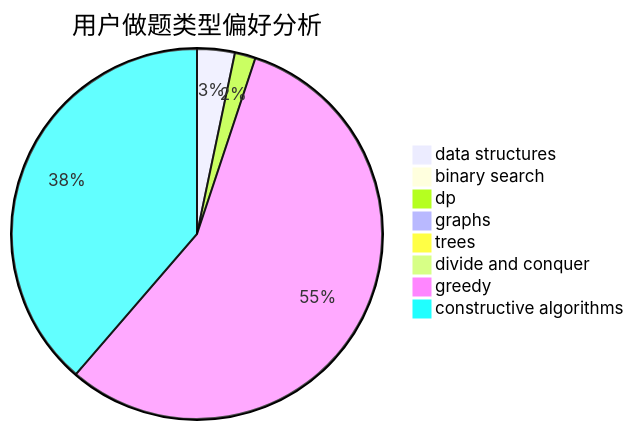
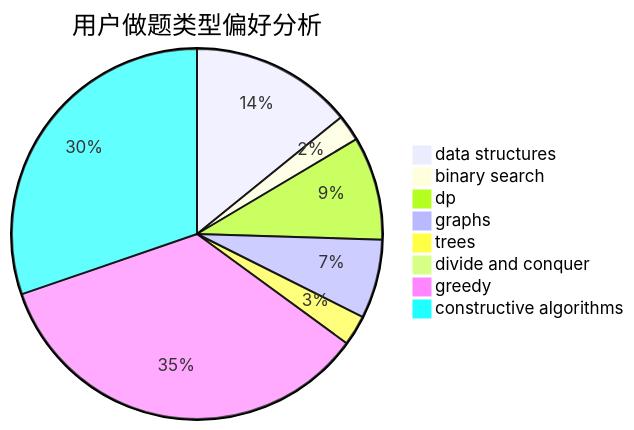
Before and after one commit to sherpahu/cfrs.github.io: the second of 3 diagrams in docs/user/u2401.md, drawn with Mermaid. The commit also changed other lines of this file and 2770 other files, not shown here.

````diff
--- a/docs/user/u2401.md
+++ b/docs/user/u2401.md
@@ -23,11 +23,11 @@
 ```mermaid
 pie title 用户做题类型偏好分析
-    "data structures" :  29
-    "binary search" :  8
-    "dp" :  16
-    "graphs" :  8
-    "trees" :  3
-    "divide and conquer" :  0
-    "greedy" :  496
-    "constructive algorithms" :  341
+    "data structures" :  80
+    "binary search" :  13
+    "dp" :  51
+    "graphs" :  39
+    "trees" :  15
+    "divide and conquer" :  2
+    "greedy" :  196
+    "constructive algorithms" :  171
 ```
````
